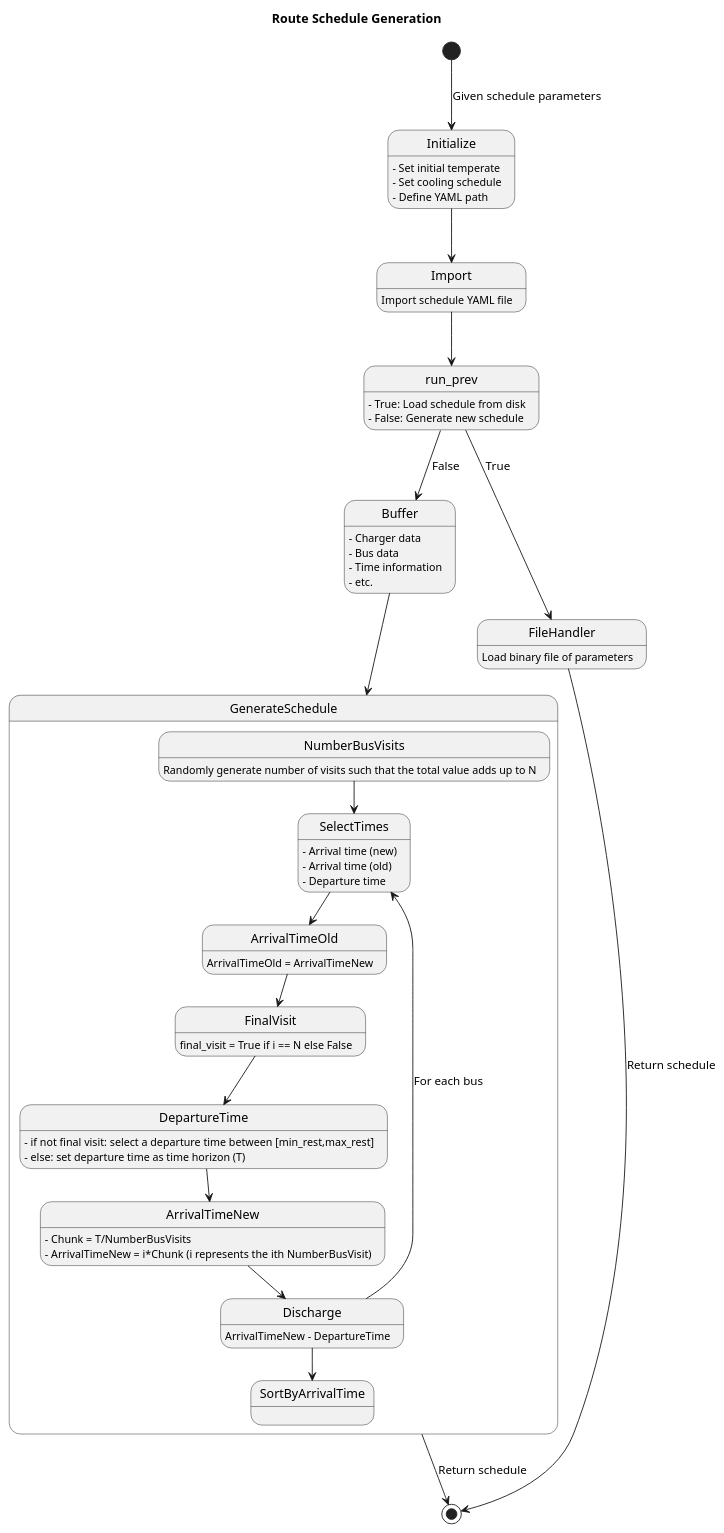
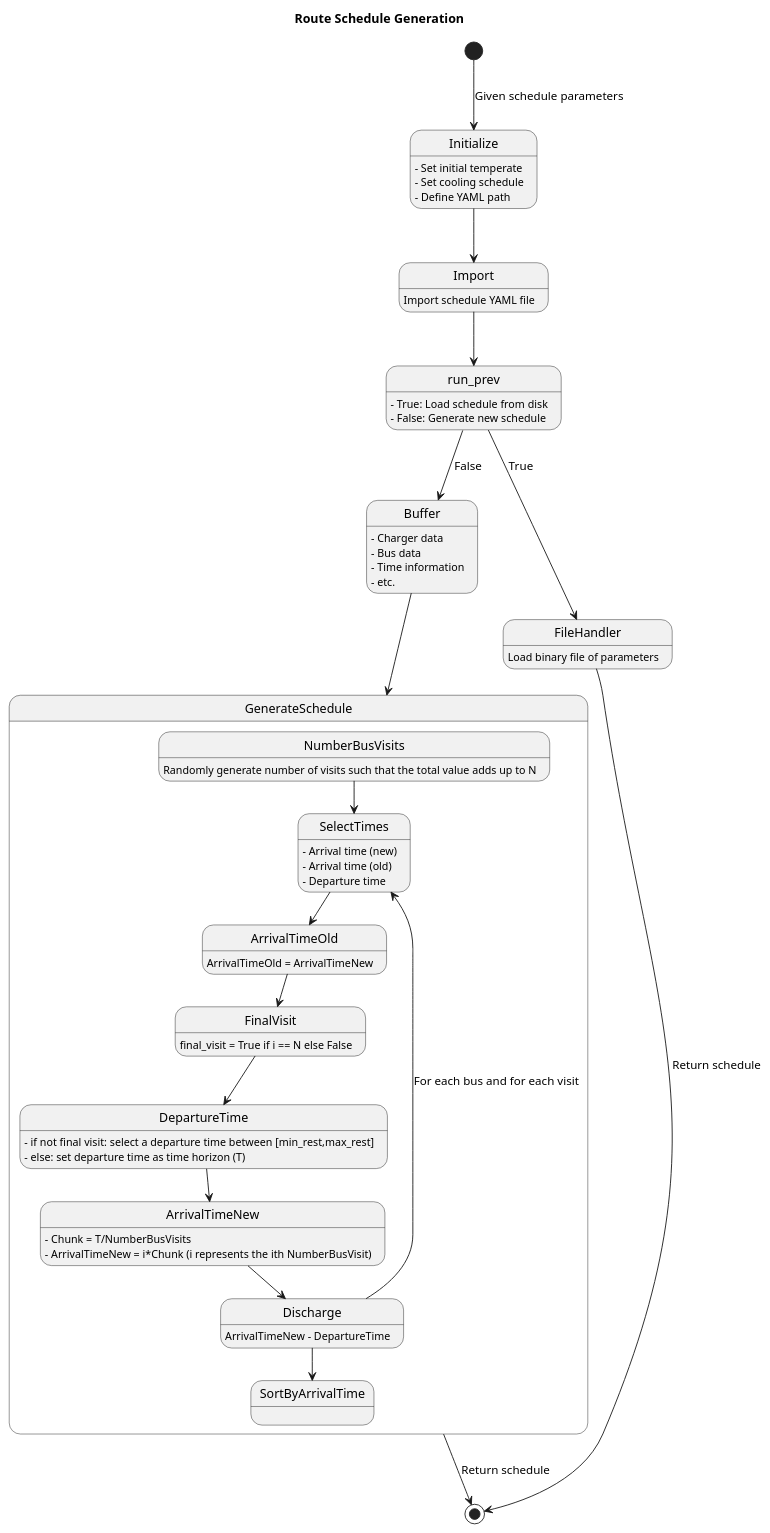
The diagram in docs/uml/route_generation.puml (alexb7711/sa-pap), drawn with PlantUML before and after one commit. The commit also changed 3 other files, not shown here.

```diff
--- a/docs/uml/route_generation.puml
+++ b/docs/uml/route_generation.puml
@@ -1,84 +1,84 @@
 @startuml
 
 title Route Schedule Generation
 
 ' Initialize
 [*] --> Initialize : Given schedule parameters
 Initialize : - Set initial temperate
 Initialize : - Set cooling schedule
 Initialize : - Define YAML path
 
 ' Import
 Initialize --> Import
 Import : Import schedule YAML file
 
 ' Load or generate schedule
 Import --> run_prev
 run_prev : - True: Load schedule from disk
 run_prev : - False: Generate new schedule
 
 '================================================================================
 ' True
 
 ' Buffer
 run_prev --> Buffer : False
 Buffer : - Charger data
 Buffer : - Bus data
 Buffer : - Time information
 Buffer : - etc.
 
 ' Generate schedule
 Buffer --> GenerateSchedule
 state GenerateSchedule {
 	' Number of visits
 	NumberBusVisits : Randomly generate number of visits such that the total value adds up to N
 
 	' Select times
 	NumberBusVisits --> SelectTimes
 	SelectTimes : - Arrival time (new)
 	SelectTimes : - Arrival time (old)
 	SelectTimes : - Departure time
 
 	' Arrival time old
 	SelectTimes --> ArrivalTimeOld
 	ArrivalTimeOld : ArrivalTimeOld = ArrivalTimeNew
 
 	' Final visit
 	ArrivalTimeOld --> FinalVisit
 	FinalVisit: final_visit = True if i == N else False
 	
 	' Departure time
 	FinalVisit --> DepartureTime
 	DepartureTime : - if not final visit: select a departure time between [min_rest,max_rest]
 	DepartureTime : - else: set departure time as time horizon (T)
 	
 	' Arrival time new
 	DepartureTime --> ArrivalTimeNew
 	ArrivalTimeNew : - Chunk = T/NumberBusVisits
 	ArrivalTimeNew : - ArrivalTimeNew = i*Chunk (i represents the ith NumberBusVisit)
 
 	' Discharge
 	ArrivalTimeNew --> Discharge
 	Discharge : ArrivalTimeNew - DepartureTime
 	
 	' Loop back around
-	Discharge --> SelectTimes : For each bus
+	Discharge --> SelectTimes : For each bus and for each visit
 
 	' Sort
 	Discharge --> SortByArrivalTime
 }
 
 ' End
 GenerateSchedule --> [*] : Return schedule
 
 '================================================================================
 ' False
 
 ' Get file handlesr
 run_prev --> FileHandler : True
 FileHandler : Load binary file of parameters
 
 ' End
 FileHandler --> [*] : Return schedule
 
 @enduml
```
